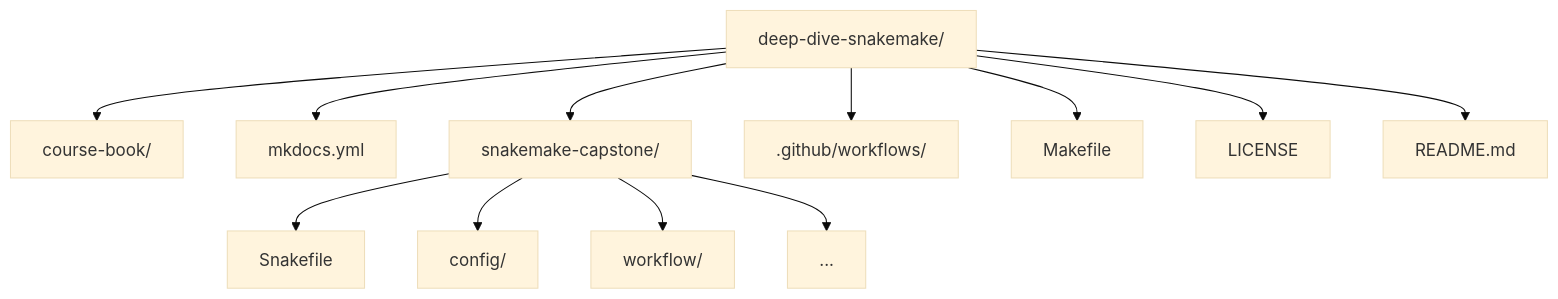
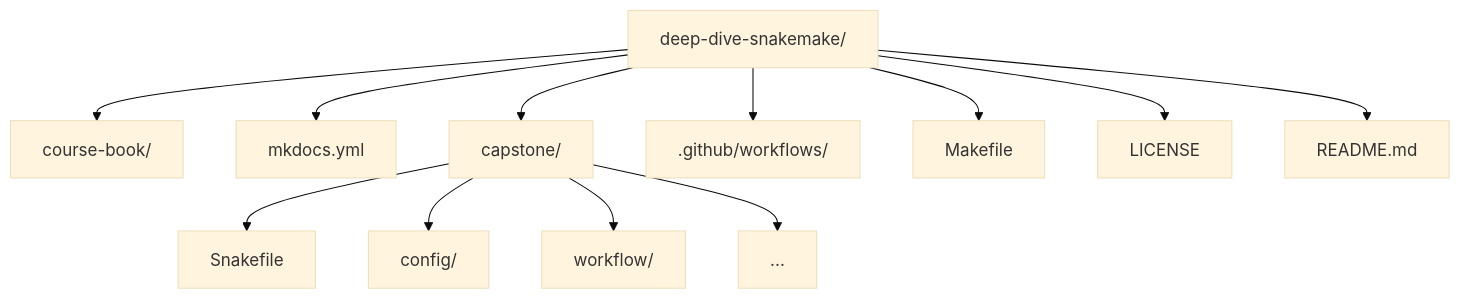
The diagram in courses/reproducible-research/deep-dive-snakemake/README.md (bijux/bijux-masterclass), drawn with Mermaid (base theme) before and after one commit. The commit also changed other lines of this file and 90 other files, not shown here.

````diff
--- a/courses/reproducible-research/deep-dive-snakemake/README.md
+++ b/courses/reproducible-research/deep-dive-snakemake/README.md
@@ -96,15 +96,15 @@
 ```mermaid
 graph TD
   root["deep-dive-snakemake/"]
   root --> book["course-book/"]
   root --> mkdocs["mkdocs.yml"]
-  root --> capstone["snakemake-capstone/"]
+  root --> capstone["capstone/"]
   root --> workflows[".github/workflows/"]
   root --> makefile["Makefile"]
   root --> license["LICENSE"]
   root --> readme["README.md"]
   capstone --> snakefile["Snakefile"]
   capstone --> config["config/"]
   capstone --> workflow["workflow/"]
   capstone --> more["..."]
 ```
````
